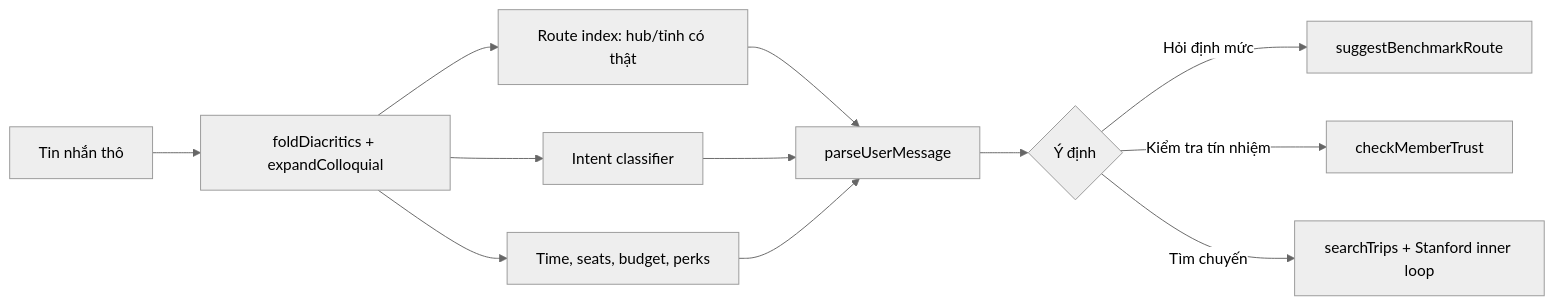
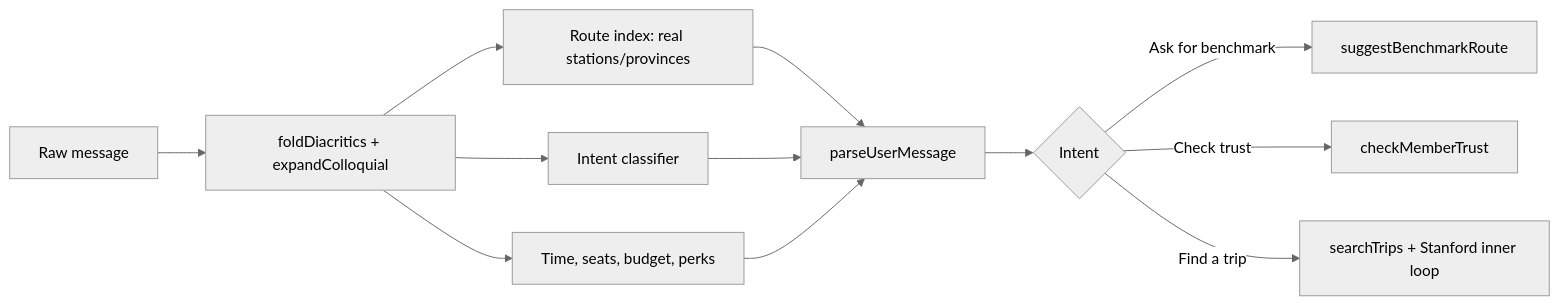
Before and after one commit to brianhuynh2021/carmate: the second of 2 diagrams in docs/NATIVE_INTENT_FLOW.md, drawn with Mermaid (neutral theme). The commit also changed other lines of this file and 162 other files, not shown here.

````diff
--- a/docs/NATIVE_INTENT_FLOW.md
+++ b/docs/NATIVE_INTENT_FLOW.md
@@ -32,14 +32,14 @@
 ```mermaid
 flowchart LR
-    A[Tin nhắn thô] --> B[foldDiacritics + expandColloquial]
-    B --> C[Route index: hub/tỉnh có thật]
+    A[Raw message] --> B[foldDiacritics + expandColloquial]
+    B --> C[Route index: real stations/provinces]
     B --> D[Intent classifier]
     B --> E[Time, seats, budget, perks]
     C --> F[parseUserMessage]
     D --> F
     E --> F
-    F --> G{Ý định}
-    G -->|Hỏi định mức| H[suggestBenchmarkRoute]
-    G -->|Kiểm tra tín nhiệm| I[checkMemberTrust]
-    G -->|Tìm chuyến| J[searchTrips + Stanford inner loop]
+    F --> G{Intent}
+    G -->|Ask for benchmark| H[suggestBenchmarkRoute]
+    G -->|Check trust| I[checkMemberTrust]
+    G -->|Find a trip| J[searchTrips + Stanford inner loop]
 ```
````
